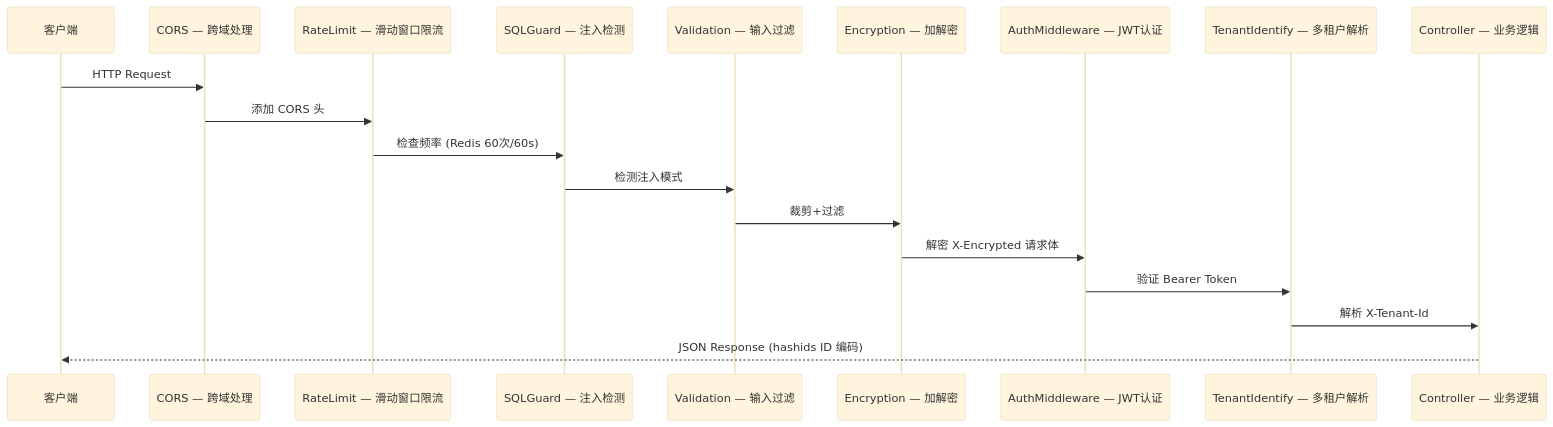
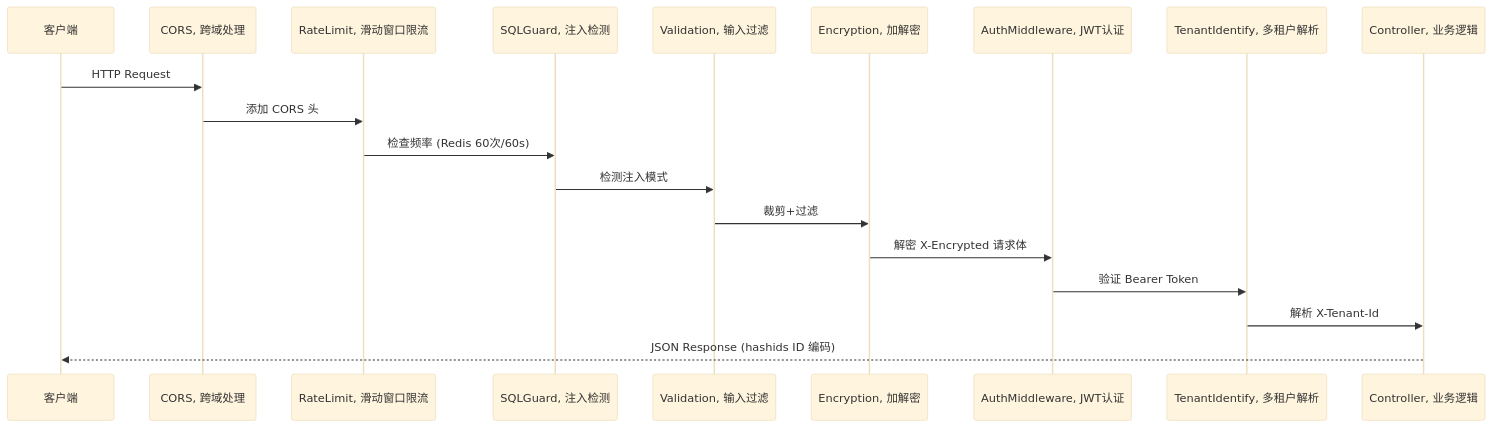
Before and after one commit to erikwang2013/ads-php: the second of 8 diagrams in docs/superpowers/specs/2026-05-14-ads-platform-design.md, drawn with Mermaid (base theme). The commit also changed other lines of this file and 1 other file, not shown here.

First line of the commit message:
fix: remove all special chars from Mermaid labels for GitHub rendering

````diff
--- a/docs/superpowers/specs/2026-05-14-ads-platform-design.md
+++ b/docs/superpowers/specs/2026-05-14-ads-platform-design.md
@@ -527,22 +527,22 @@
 ```mermaid
 sequenceDiagram
     participant Client as 客户端
-    participant CORS as CORS — 跨域处理
-    participant Rate as RateLimit — 滑动窗口限流
-    participant SQL as SQLGuard — 注入检测
-    participant Valid as Validation — 输入过滤
-    participant Encrypt as Encryption — 加解密
-    participant JWT as AuthMiddleware — JWT认证
-    participant Tenant as TenantIdentify — 多租户解析
-    participant Ctrl as Controller — 业务逻辑
+    participant CORS as CORS, 跨域处理
+    participant Rate as RateLimit, 滑动窗口限流
+    participant SQL as SQLGuard, 注入检测
+    participant Valid as Validation, 输入过滤
+    participant Encrypt as Encryption, 加解密
+    participant JWT as AuthMiddleware, JWT认证
+    participant Tenant as TenantIdentify, 多租户解析
+    participant Ctrl as Controller, 业务逻辑
 
     Client->>CORS: HTTP Request
     CORS->>Rate: 添加 CORS 头
     Rate->>SQL: 检查频率 (Redis 60次/60s)
     SQL->>Valid: 检测注入模式
     Valid->>Encrypt: 裁剪+过滤
     Encrypt->>JWT: 解密 X-Encrypted 请求体
     JWT->>Tenant: 验证 Bearer Token
     Tenant->>Ctrl: 解析 X-Tenant-Id
     Ctrl-->>Client: JSON Response (hashids ID 编码)
 ```
````
